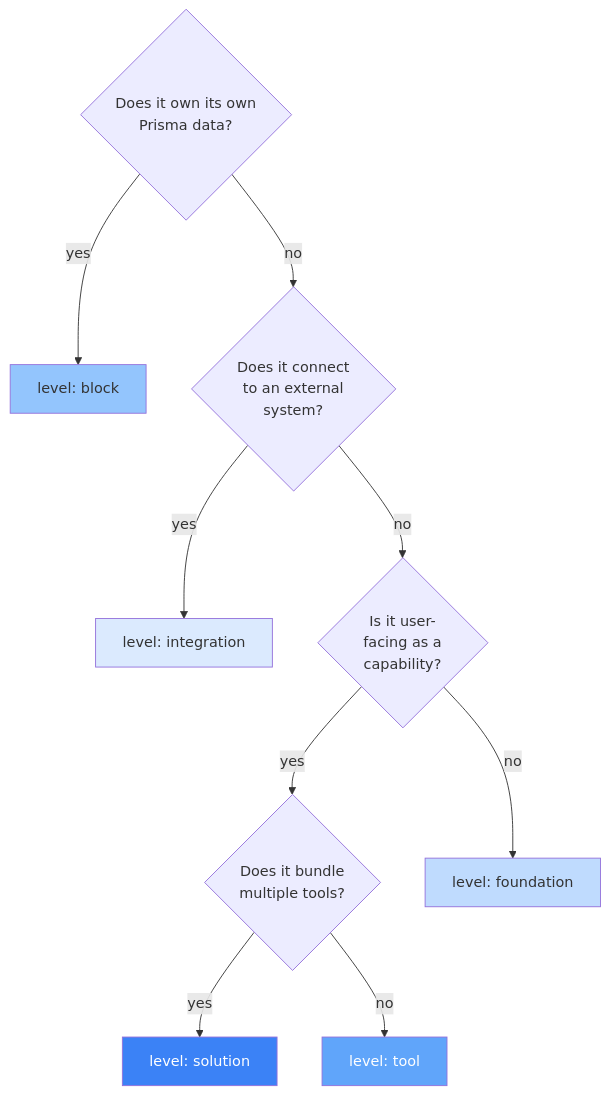
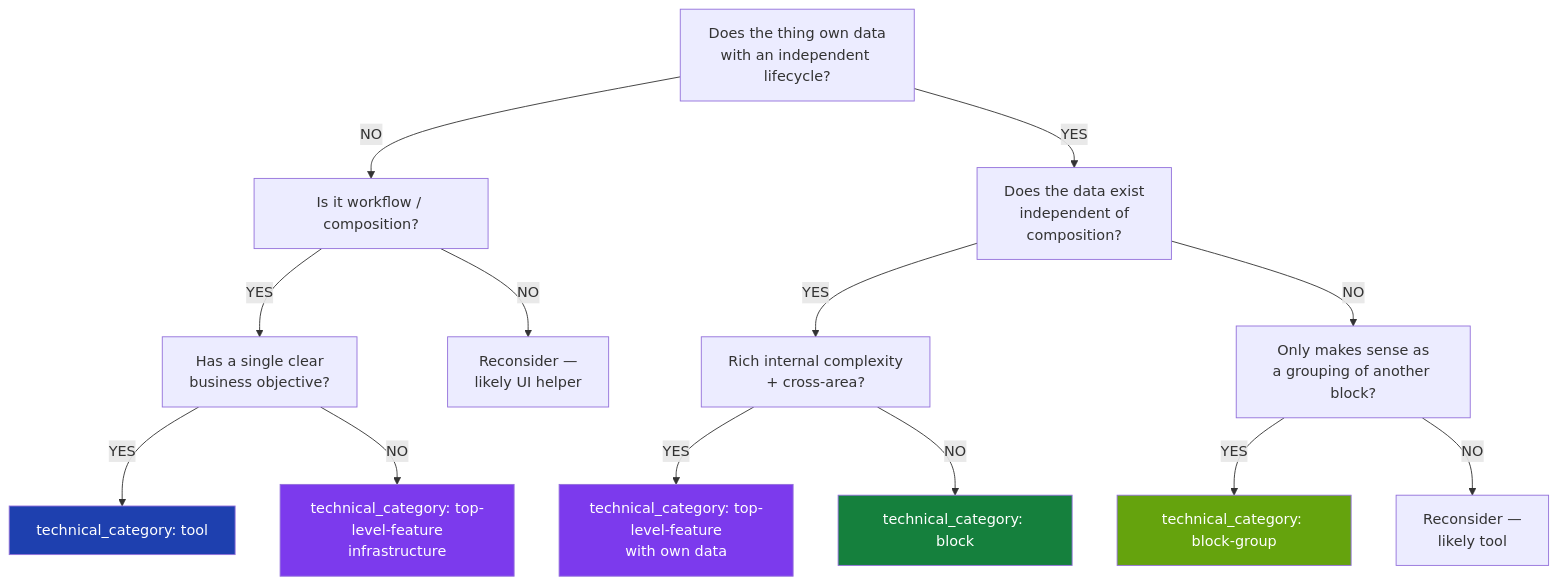
The second of 2 diagrams in docs/handbook/_meta/handbook/en-US.md (nickmoreira23/herd), drawn with Mermaid before and after one commit. The commit also changed other lines of this file and 5 other files, not shown here.

First line of the commit message:
docs(refactor/r0-1): handbook content reform — close 6 architectural gaps

````diff
--- a/docs/handbook/_meta/handbook/en-US.md
+++ b/docs/handbook/_meta/handbook/en-US.md
@@ -83,18 +184,27 @@
 ```mermaid
 flowchart TD
-  start{Does it own its own<br/>Prisma data?}
-  start -->|yes| block[level: block]
-  start -->|no| owns_external{Does it connect<br/>to an external<br/>system?}
-  owns_external -->|yes| integration[level: integration]
-  owns_external -->|no| user_facing{Is it user-<br/>facing as a<br/>capability?}
-  user_facing -->|yes| tool_or_solution{Does it bundle<br/>multiple tools?}
-  tool_or_solution -->|yes| solution[level: solution]
-  tool_or_solution -->|no| tool[level: tool]
-  user_facing -->|no| foundation[level: foundation]
+    Start[Does the thing own data<br/>with an independent lifecycle?]
+    Start -->|NO| Workflow[Is it workflow / composition?]
+    Start -->|YES| IndepCheck[Does the data exist<br/>independent of<br/>composition?]
 
-  style block fill:#93c5fd
-  style tool fill:#60a5fa,color:#fff
-  style solution fill:#3b82f6,color:#fff
-  style foundation fill:#bfdbfe
-  style integration fill:#dbeafe
+    Workflow -->|YES| Goal[Has a single clear<br/>business objective?]
+    Workflow -->|NO| Reconsider1[Reconsider —<br/>likely UI helper]
+
+    Goal -->|YES| Tool[technical_category: tool]
+    Goal -->|NO| TLF[technical_category: top-level-feature<br/>infrastructure]
+
+    IndepCheck -->|YES| RichCheck[Rich internal complexity<br/>+ cross-area?]
+    IndepCheck -->|NO| AgrCheck[Only makes sense as<br/>a grouping of another block?]
+
+    RichCheck -->|YES| TLFData[technical_category: top-level-feature<br/>with own data]
+    RichCheck -->|NO| Block[technical_category: block]
+
+    AgrCheck -->|YES| BlockGroup[technical_category: block-group]
+    AgrCheck -->|NO| Reconsider2[Reconsider —<br/>likely tool]
+
+    style Tool fill:#1e40af,color:#fff
+    style Block fill:#15803d,color:#fff
+    style BlockGroup fill:#65a30d,color:#fff
+    style TLF fill:#7c3aed,color:#fff
+    style TLFData fill:#7c3aed,color:#fff
 ```
````
